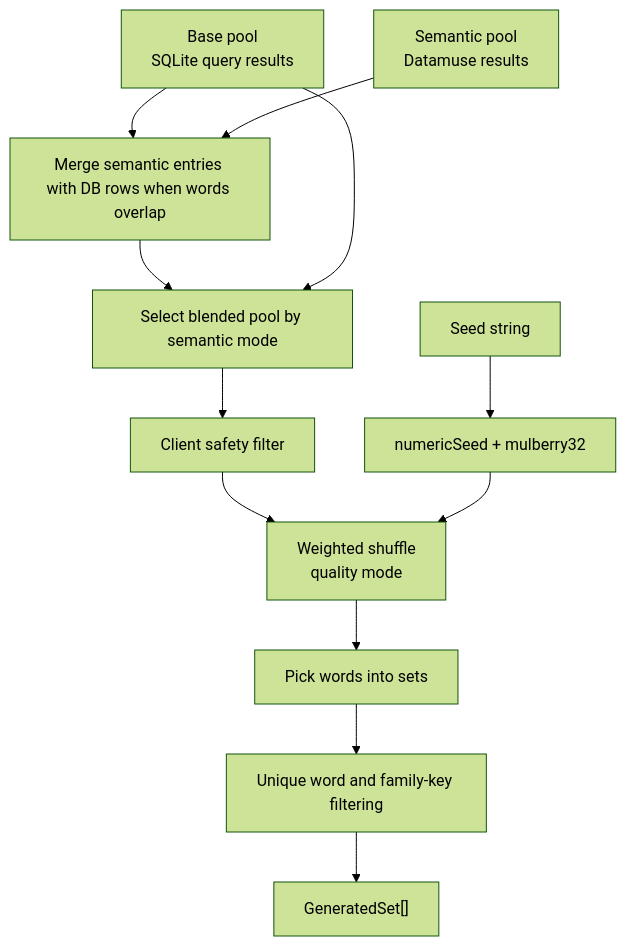
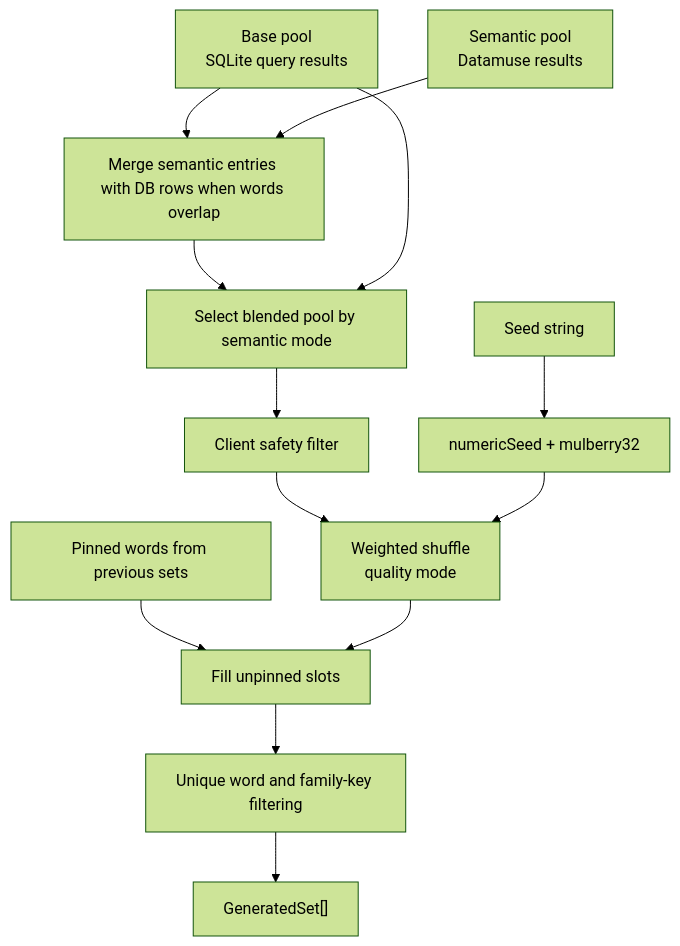
The seventh of 14 diagrams in docs/architecture.md (danysdragons/random-words), drawn with Mermaid (forest theme) before and after one commit. The commit also changed other lines of this file and 14 other files, not shown here.

````diff
--- a/docs/architecture.md
+++ b/docs/architecture.md
@@ -377,26 +385,28 @@
 ```mermaid
 flowchart TD
   Base["Base pool<br/>SQLite query results"]
   Semantic["Semantic pool<br/>Datamuse results"]
   Merge["Merge semantic entries with DB rows when words overlap"]
   Select["Select blended pool by semantic mode"]
   Safe["Client safety filter"]
+  Preserved["Pinned words from previous sets"]
   Seed["Seed string"]
   RNG["numericSeed + mulberry32"]
   Shuffle["Weighted shuffle<br/>quality mode"]
-  Pick["Pick words into sets"]
+  Pick["Fill unpinned slots"]
   Unique["Unique word and family-key filtering"]
   Sets["GeneratedSet[]"]
 
   Base --> Merge
   Semantic --> Merge
   Merge --> Select
   Base --> Select
   Select --> Safe
   Seed --> RNG
   Safe --> Shuffle
   RNG --> Shuffle
+  Preserved --> Pick
   Shuffle --> Pick
   Pick --> Unique
   Unique --> Sets
 ```
````
